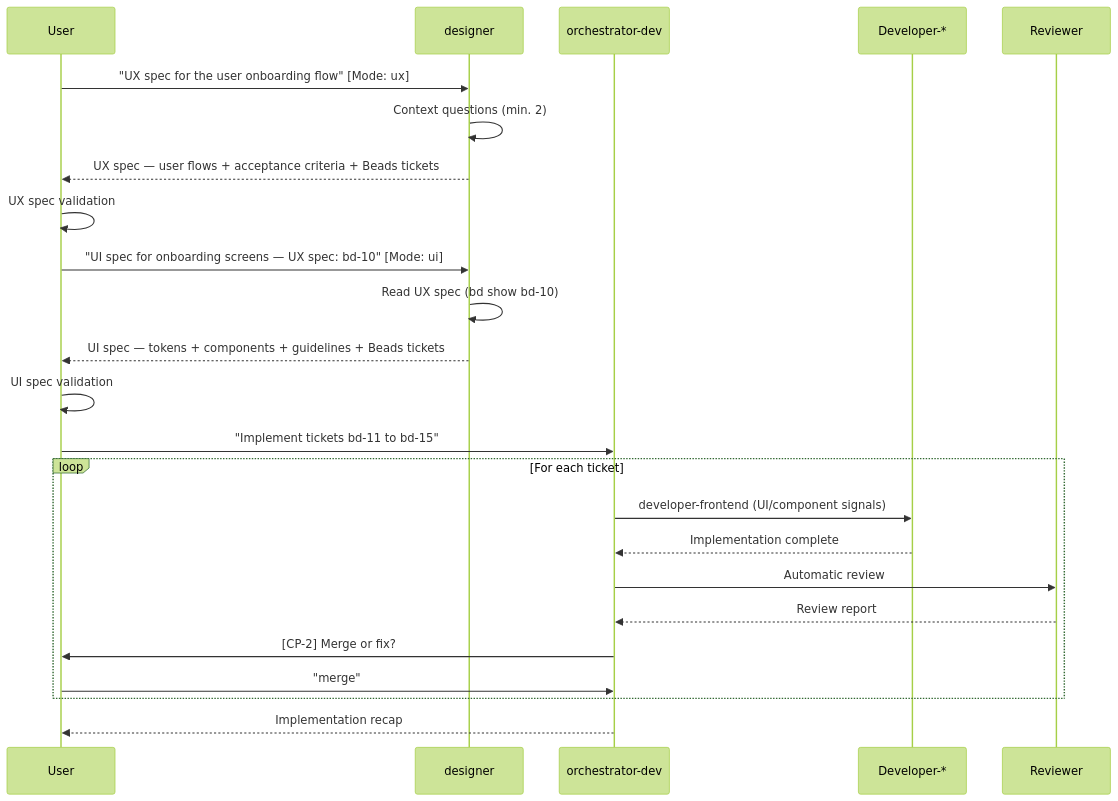
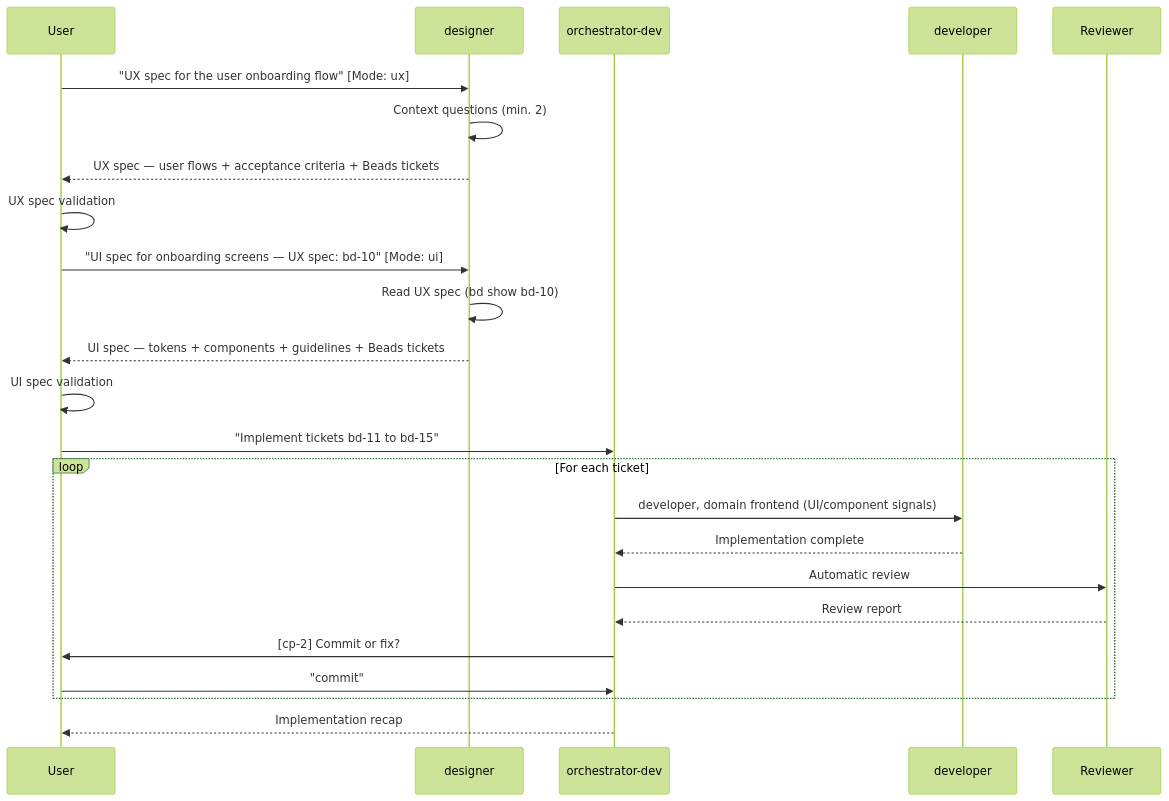
One commit to datichb/openhub changed the fifth of 7 diagrams in docs/guides/workflows.en.md. Above: the diagram before and after it, drawn with Mermaid (forest theme). The commit also changed other lines of this file and 28 other files, not shown here.

````diff
--- a/docs/guides/workflows.en.md
+++ b/docs/guides/workflows.en.md
@@ -608,29 +608,29 @@
 ```mermaid
 sequenceDiagram
     participant U as User
     participant D as designer
     participant OD as orchestrator-dev
-    participant DEV as Developer-*
+    participant DEV as developer
     participant R as Reviewer
 
     U->>D: "UX spec for the user onboarding flow" [Mode: ux]
     D->>D: Context questions (min. 2)
     D-->>U: UX spec — user flows + acceptance criteria + Beads tickets
     U->>U: UX spec validation
 
     U->>D: "UI spec for onboarding screens — UX spec: bd-10" [Mode: ui]
     D->>D: Read UX spec (bd show bd-10)
     D-->>U: UI spec — tokens + components + guidelines + Beads tickets
     U->>U: UI spec validation
 
     U->>OD: "Implement tickets bd-11 to bd-15"
     loop For each ticket
-        OD->>DEV: developer-frontend (UI/component signals)
+        OD->>DEV: developer, domain frontend (UI/component signals)
         DEV-->>OD: Implementation complete
         OD->>R: Automatic review
         R-->>OD: Review report
-        OD->>U: [CP-2] Merge or fix?
-        U->>OD: "merge"
+        OD->>U: [cp-2] Commit or fix?
+        U->>OD: "commit"
     end
     OD-->>U: Implementation recap
 ```
````
